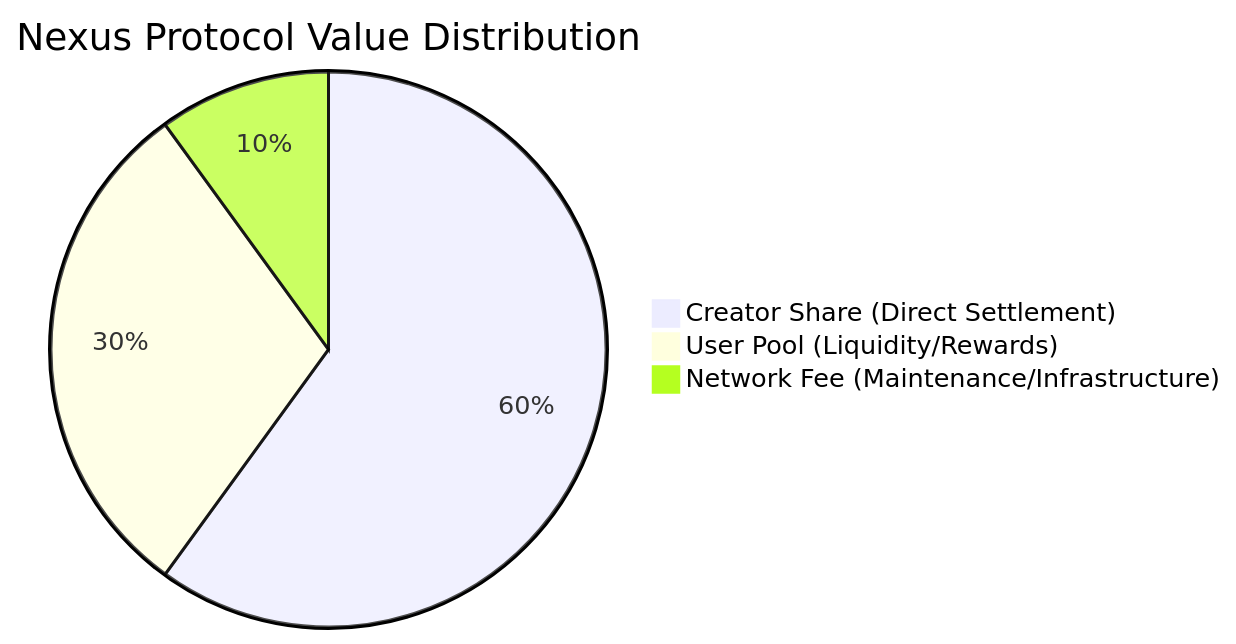
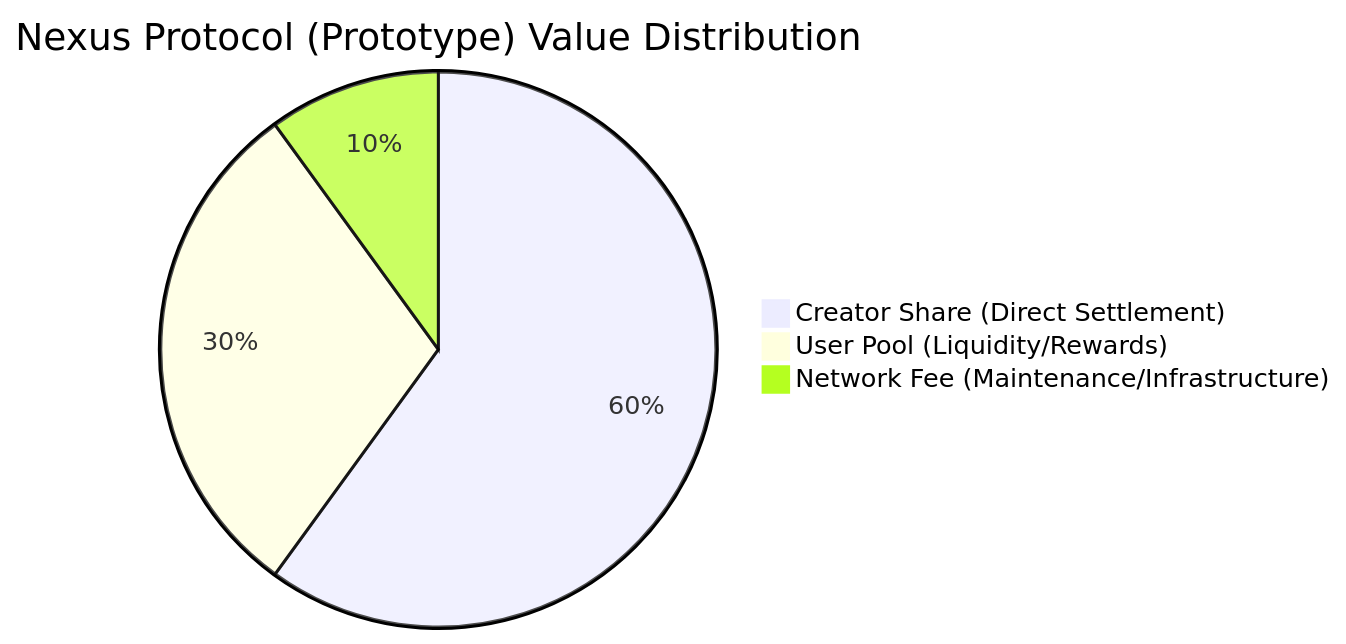
The diagram in docs/ECONOMICS.md (arhantbarmate/nexus-core), drawn with Mermaid before and after one commit. The commit also changed other lines of this file and 32 other files, not shown here.

````diff
--- a/docs/ECONOMICS.md
+++ b/docs/ECONOMICS.md
@@ -11,6 +11,6 @@
 ```mermaid
-pie title Nexus Protocol Value Distribution
+pie title Nexus Protocol (Prototype) Value Distribution
     "Creator Share (Direct Settlement)" : 60
     "User Pool (Liquidity/Rewards)" : 30
     "Network Fee (Maintenance/Infrastructure)" : 10
 ```
````
